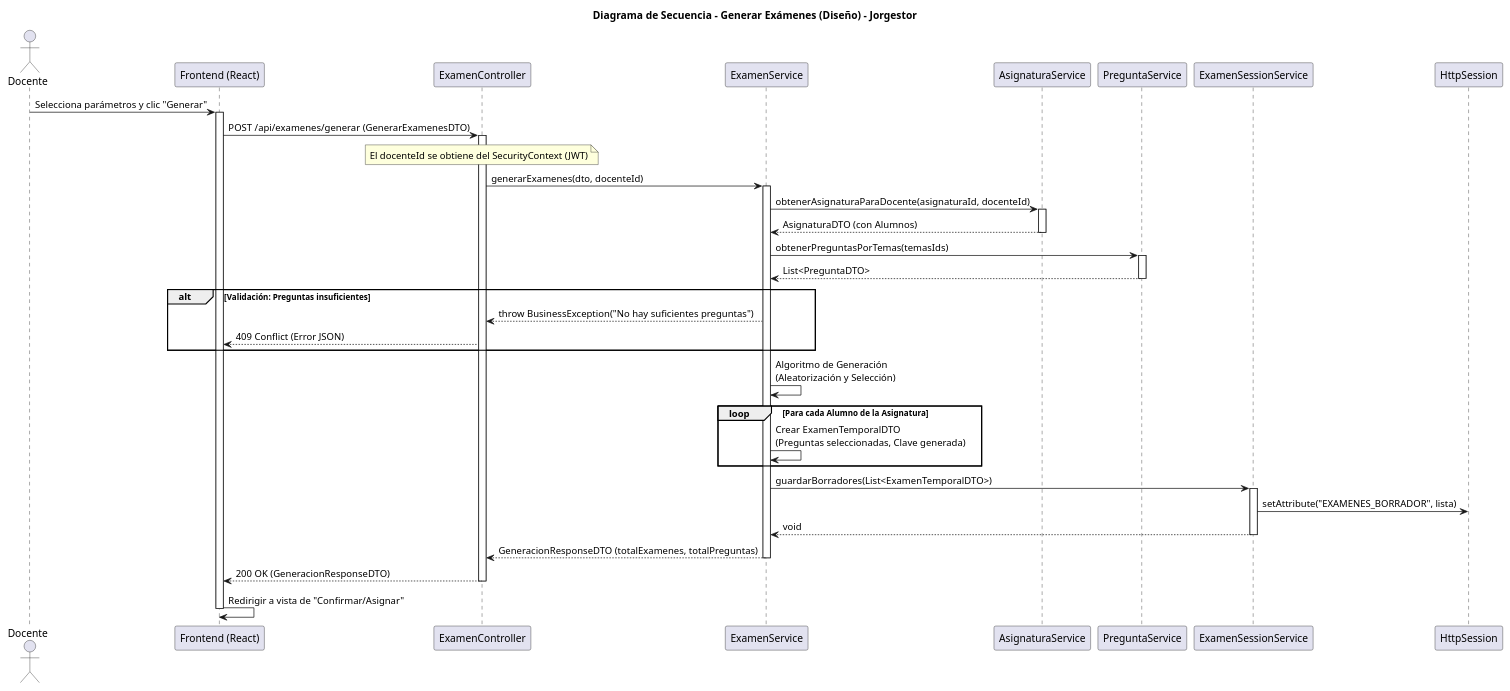
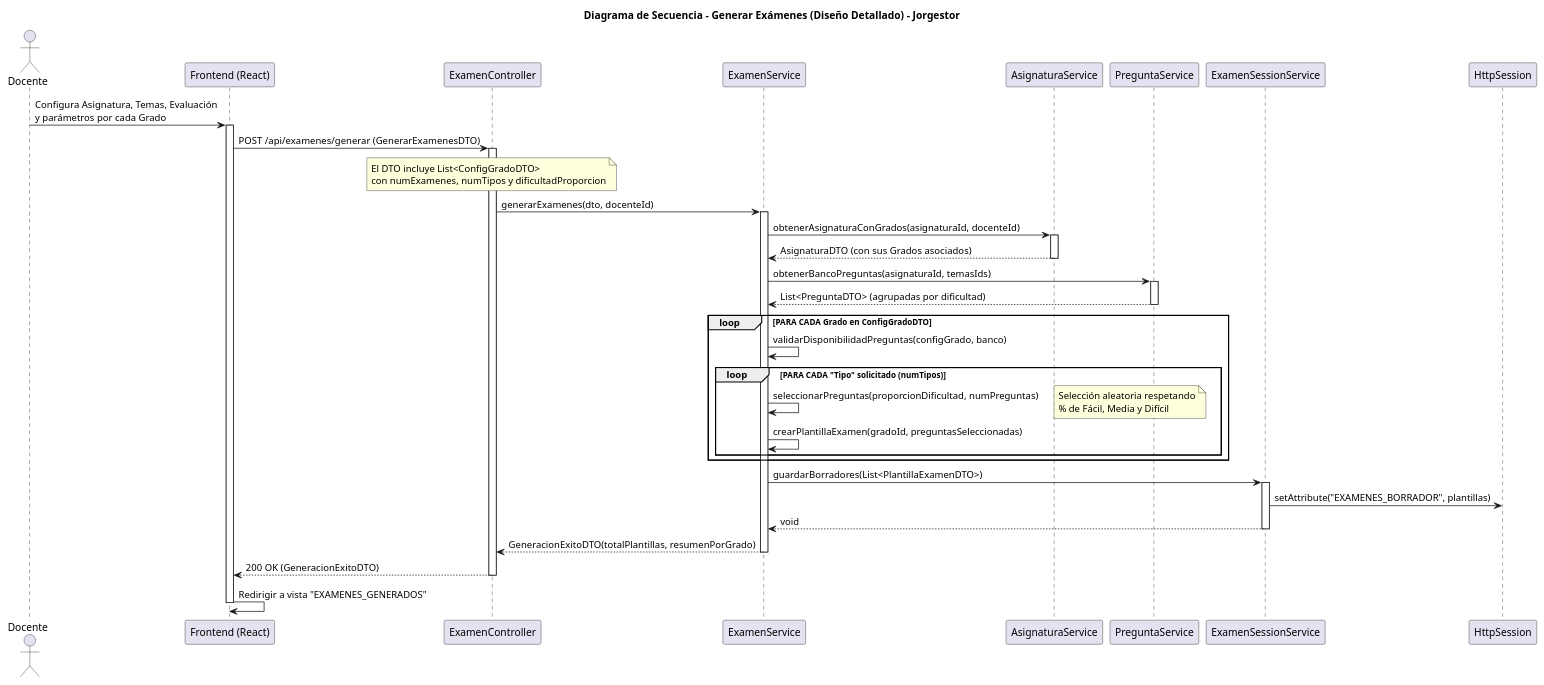
One commit to Pareyor/25-26-idsw2-sdVC changed the diagram in modelosUML/diseño/generarExamenes/generarExamenes.puml. Above: the diagram before and after it, drawn with PlantUML.

Commit message:
fix: corrige los valores para la generación de exámenes, se crean preguntas en base al grado y dificultad de forma aleatoria

```diff
--- a/modelosUML/diseño/generarExamenes/generarExamenes.puml
+++ b/modelosUML/diseño/generarExamenes/generarExamenes.puml
@@ -1,60 +1,59 @@
 @startuml
-title Diagrama de Secuencia - Generar Exámenes (Diseño) - Jorgestor
+title Diagrama de Secuencia - Generar Exámenes (Diseño Detallado) - Jorgestor
 
 actor "Docente" as Teacher
 participant "Frontend (React)" as FE
 participant "ExamenController" as Controller
 participant "ExamenService" as Service
 participant "AsignaturaService" as AsignaturaService
 participant "PreguntaService" as PreguntaService
 participant "ExamenSessionService" as SessionService
 participant "HttpSession" as Session
 
-Teacher -> FE: Selecciona parámetros y clic "Generar"
+Teacher -> FE: Configura Asignatura, Temas, Evaluación\ny parámetros por cada Grado
 activate FE
 
 FE -> Controller: POST /api/examenes/generar (GenerarExamenesDTO)
 activate Controller
 
-note over Controller: El docenteId se obtiene del SecurityContext (JWT)
+note over Controller: El DTO incluye List<ConfigGradoDTO>\ncon numExamenes, numTipos y dificultadProporcion
 
 Controller -> Service: generarExamenes(dto, docenteId)
 activate Service
 
-Service -> AsignaturaService: obtenerAsignaturaParaDocente(asignaturaId, docenteId)
+Service -> AsignaturaService: obtenerAsignaturaConGrados(asignaturaId, docenteId)
 activate AsignaturaService
-AsignaturaService --> Service: AsignaturaDTO (con Alumnos)
+AsignaturaService --> Service: AsignaturaDTO (con sus Grados asociados)
 deactivate AsignaturaService
 
-Service -> PreguntaService: obtenerPreguntasPorTemas(temasIds)
+Service -> PreguntaService: obtenerBancoPreguntas(asignaturaId, temasIds)
 activate PreguntaService
-PreguntaService --> Service: List<PreguntaDTO>
+PreguntaService --> Service: List<PreguntaDTO> (agrupadas por dificultad)
 deactivate PreguntaService
 
-alt Validación: Preguntas insuficientes
-    Service --> Controller: throw BusinessException("No hay suficientes preguntas")
-    Controller --> FE: 409 Conflict (Error JSON)
+loop PARA CADA Grado en ConfigGradoDTO
+    Service -> Service: validarDisponibilidadPreguntas(configGrado, banco)
+    
+    loop PARA CADA "Tipo" solicitado (numTipos)
+        Service -> Service: seleccionarPreguntas(proporcionDificultad, numPreguntas)
+        note right: Selección aleatoria respetando\n% de Fácil, Media y Difícil
+        Service -> Service: crearPlantillaExamen(gradoId, preguntasSeleccionadas)
+    end
 end
 
-Service -> Service: Algoritmo de Generación\n(Aleatorización y Selección)
-
-loop Para cada Alumno de la Asignatura
-    Service -> Service: Crear ExamenTemporalDTO\n(Preguntas seleccionadas, Clave generada)
-end
-
-Service -> SessionService: guardarBorradores(List<ExamenTemporalDTO>)
+Service -> SessionService: guardarBorradores(List<PlantillaExamenDTO>)
 activate SessionService
-SessionService -> Session: setAttribute("EXAMENES_BORRADOR", lista)
+SessionService -> Session: setAttribute("EXAMENES_BORRADOR", plantillas)
 SessionService --> Service: void
 deactivate SessionService
 
-Service --> Controller: GeneracionResponseDTO (totalExamenes, totalPreguntas)
+Service --> Controller: GeneracionExitoDTO(totalPlantillas, resumenPorGrado)
 deactivate Service
 
-Controller --> FE: 200 OK (GeneracionResponseDTO)
+Controller --> FE: 200 OK (GeneracionExitoDTO)
 deactivate Controller
 
-FE -> FE: Redirigir a vista de "Confirmar/Asignar"
+FE -> FE: Redirigir a vista "EXAMENES_GENERADOS"
 deactivate FE
 
 @enduml
```
